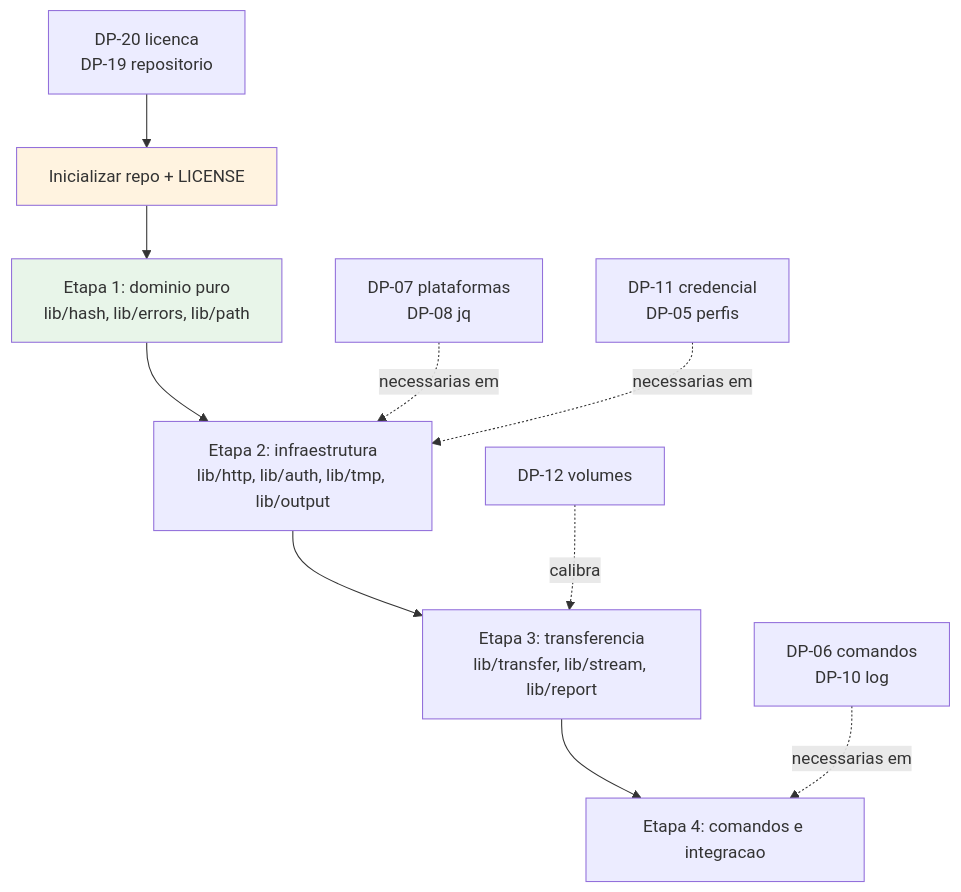
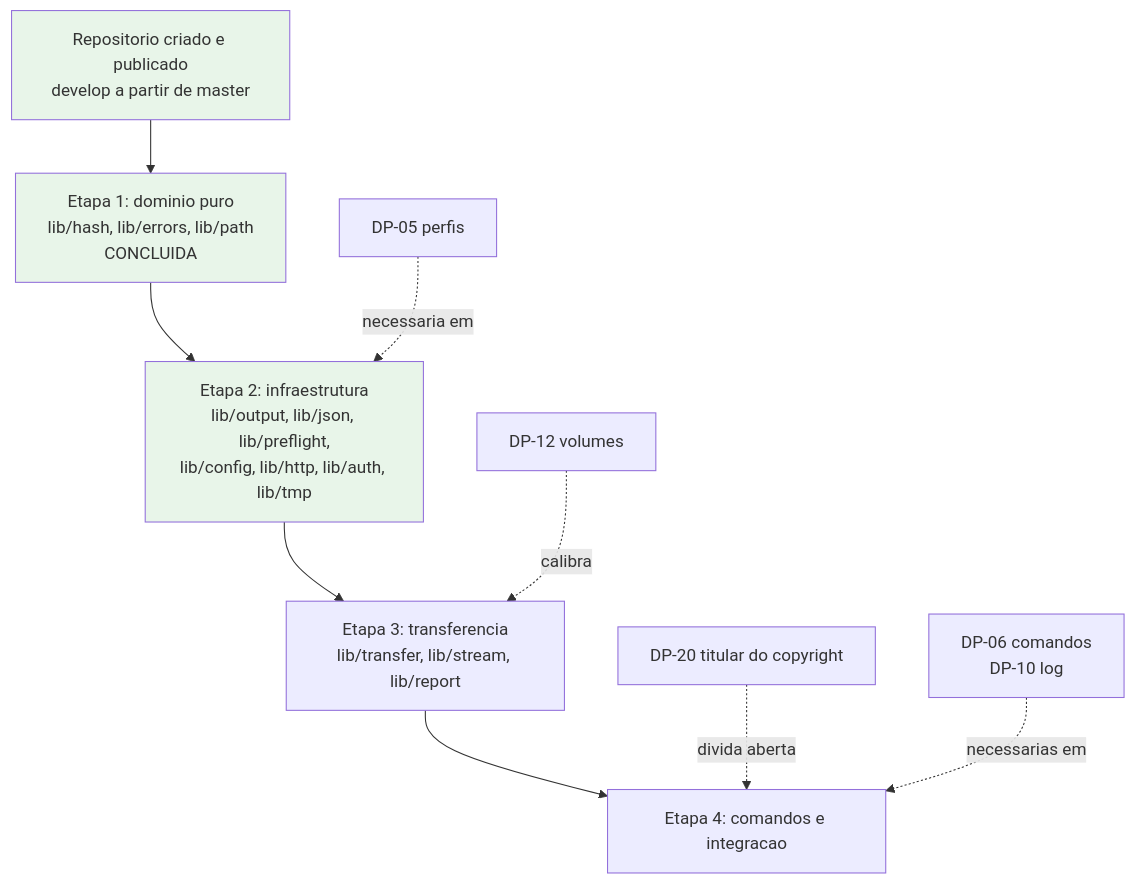
Before and after one commit to salesadriano/dropbox_sync: the second of 2 diagrams in docs/requisitos/decisoes-pendentes.md, drawn with Mermaid. The commit also changed other lines of this file and 3 other files, not shown here.

````diff
--- a/docs/requisitos/decisoes-pendentes.md
+++ b/docs/requisitos/decisoes-pendentes.md
@@ -376,16 +407,16 @@
 ```mermaid
 flowchart TD
-  P1[DP-20 licenca<br/>DP-19 repositorio] --> G[Inicializar repo + LICENSE]
-  G --> E1[Etapa 1: dominio puro<br/>lib/hash, lib/errors, lib/path]
-  E1 --> E2[Etapa 2: infraestrutura<br/>lib/http, lib/auth, lib/tmp, lib/output]
+  G[Repositorio criado e publicado<br/>develop a partir de master] --> E1[Etapa 1: dominio puro<br/>lib/hash, lib/errors, lib/path<br/>CONCLUIDA]
+  E1 --> E2[Etapa 2: infraestrutura<br/>lib/output, lib/json, lib/preflight,<br/>lib/config, lib/http, lib/auth, lib/tmp]
   E2 --> E3[Etapa 3: transferencia<br/>lib/transfer, lib/stream, lib/report]
   E3 --> E4[Etapa 4: comandos e integracao]
 
-  P2[DP-07 plataformas<br/>DP-08 jq] -.necessarias em.-> E2
-  P3[DP-11 credencial<br/>DP-05 perfis] -.necessarias em.-> E2
-  P4[DP-06 comandos<br/>DP-10 log] -.necessarias em.-> E4
-  P5[DP-12 volumes] -.calibra.-> E3
+  P1[DP-20 titular do copyright] -.divida aberta.-> E4
+  P2[DP-05 perfis] -.necessaria em.-> E2
+  P3[DP-06 comandos<br/>DP-10 log] -.necessarias em.-> E4
+  P4[DP-12 volumes] -.calibra.-> E3
 
   style E1 fill:#e8f5e9
-  style G fill:#fff3e0
+  style E2 fill:#e8f5e9
+  style G fill:#e8f5e9
 ```
````
